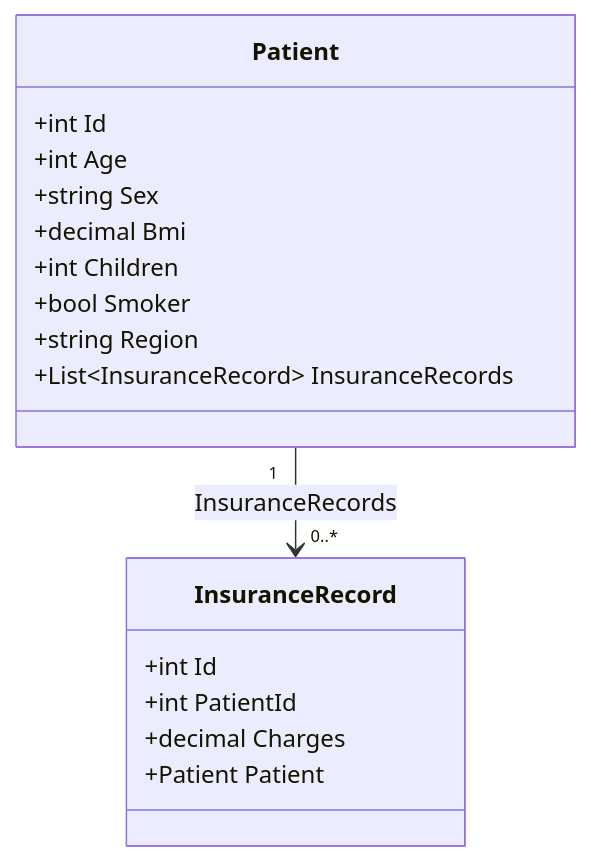
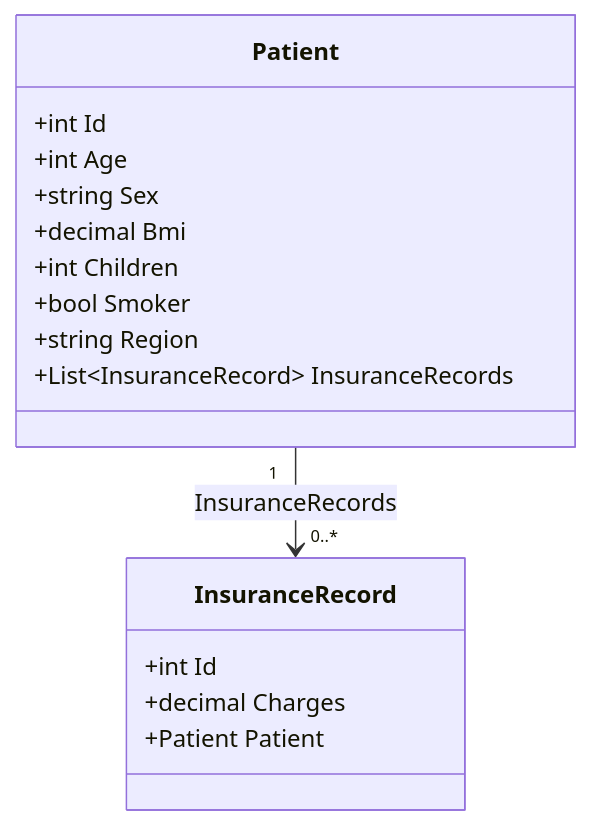
The diagram in Report.md (momaksymenko/InsuranceAnalyzer), drawn with Mermaid before and after one commit. The commit also changed 5 other files, not shown here.

````diff
--- a/Report.md
+++ b/Report.md
@@ -65,22 +65,21 @@
 ```mermaid
 classDiagram
     class Patient {
         +int Id
         +int Age
         +string Sex
         +decimal Bmi
         +int Children
         +bool Smoker
         +string Region
         +List~InsuranceRecord~ InsuranceRecords
     }
 
     class InsuranceRecord {
         +int Id
-        +int PatientId
         +decimal Charges
         +Patient Patient
     }
 
     Patient "1" --> "0..*" InsuranceRecord : InsuranceRecords
 ```
````
